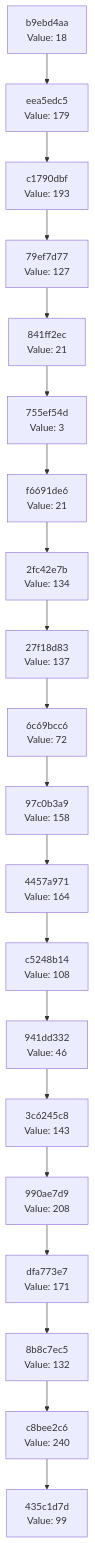
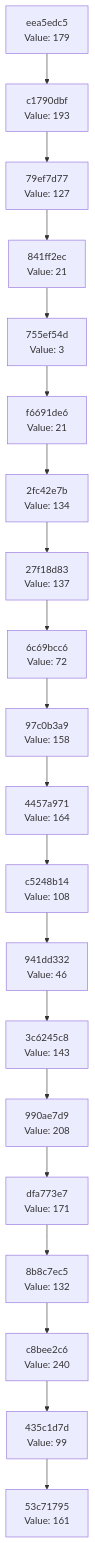
Before and after one commit to Abhisheksinha1506/hash-chain-evolver: the diagram in docs/CHAIN_VISUALIZATION.md, drawn with Mermaid. The commit also changed 3 other files, not shown here.

````diff
--- a/docs/CHAIN_VISUALIZATION.md
+++ b/docs/CHAIN_VISUALIZATION.md
@@ -3,42 +3,42 @@
 ```mermaid
 graph TD
-    C0["435c1d7d<br/>Value: 99"]
-    C1["c8bee2c6<br/>Value: 240"]
+    C0["53c71795<br/>Value: 161"]
+    C1["435c1d7d<br/>Value: 99"]
     C1 --> C0
-    C2["8b8c7ec5<br/>Value: 132"]
+    C2["c8bee2c6<br/>Value: 240"]
     C2 --> C1
-    C3["dfa773e7<br/>Value: 171"]
+    C3["8b8c7ec5<br/>Value: 132"]
     C3 --> C2
-    C4["990ae7d9<br/>Value: 208"]
+    C4["dfa773e7<br/>Value: 171"]
     C4 --> C3
-    C5["3c6245c8<br/>Value: 143"]
+    C5["990ae7d9<br/>Value: 208"]
     C5 --> C4
-    C6["941dd332<br/>Value: 46"]
+    C6["3c6245c8<br/>Value: 143"]
     C6 --> C5
-    C7["c5248b14<br/>Value: 108"]
+    C7["941dd332<br/>Value: 46"]
     C7 --> C6
-    C8["4457a971<br/>Value: 164"]
+    C8["c5248b14<br/>Value: 108"]
     C8 --> C7
-    C9["97c0b3a9<br/>Value: 158"]
+    C9["4457a971<br/>Value: 164"]
     C9 --> C8
-    C10["6c69bcc6<br/>Value: 72"]
+    C10["97c0b3a9<br/>Value: 158"]
     C10 --> C9
-    C11["27f18d83<br/>Value: 137"]
+    C11["6c69bcc6<br/>Value: 72"]
     C11 --> C10
-    C12["2fc42e7b<br/>Value: 134"]
+    C12["27f18d83<br/>Value: 137"]
     C12 --> C11
-    C13["f6691de6<br/>Value: 21"]
+    C13["2fc42e7b<br/>Value: 134"]
     C13 --> C12
-    C14["755ef54d<br/>Value: 3"]
+    C14["f6691de6<br/>Value: 21"]
     C14 --> C13
-    C15["841ff2ec<br/>Value: 21"]
+    C15["755ef54d<br/>Value: 3"]
     C15 --> C14
-    C16["79ef7d77<br/>Value: 127"]
+    C16["841ff2ec<br/>Value: 21"]
     C16 --> C15
-    C17["c1790dbf<br/>Value: 193"]
+    C17["79ef7d77<br/>Value: 127"]
     C17 --> C16
-    C18["eea5edc5<br/>Value: 179"]
+    C18["c1790dbf<br/>Value: 193"]
     C18 --> C17
-    C19["b9ebd4aa<br/>Value: 18"]
+    C19["eea5edc5<br/>Value: 179"]
     C19 --> C18
 ```
````
